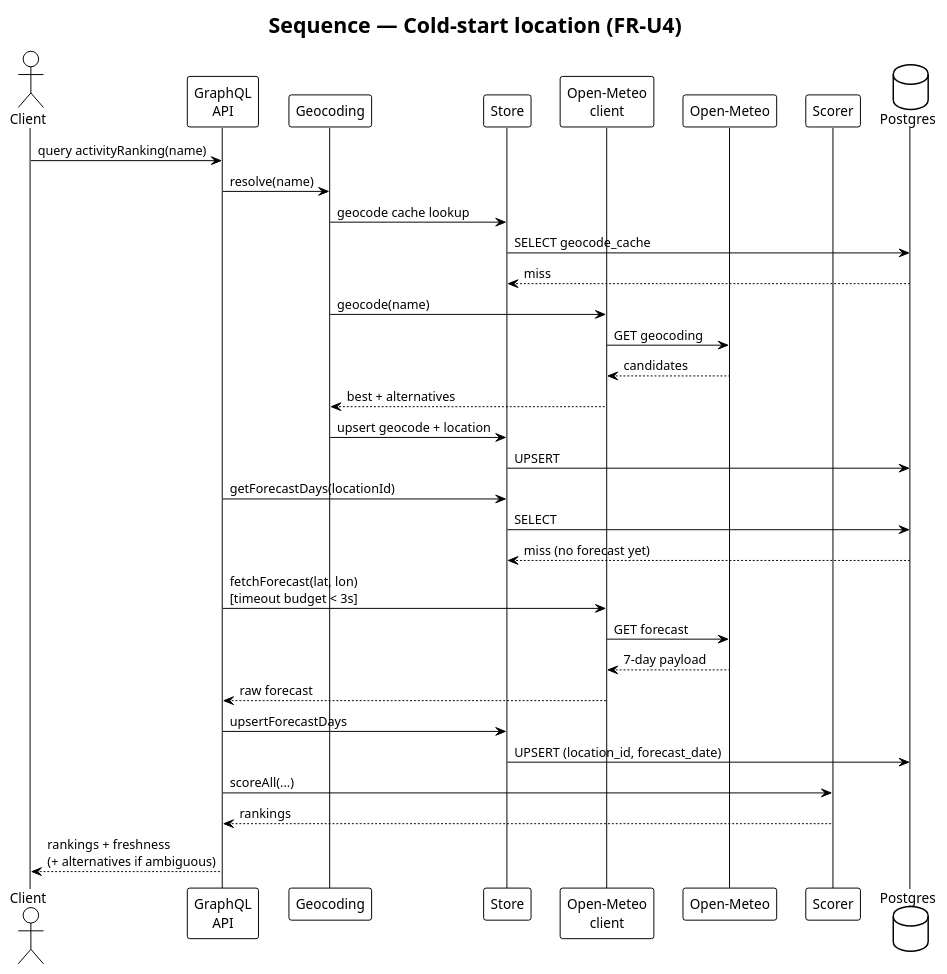
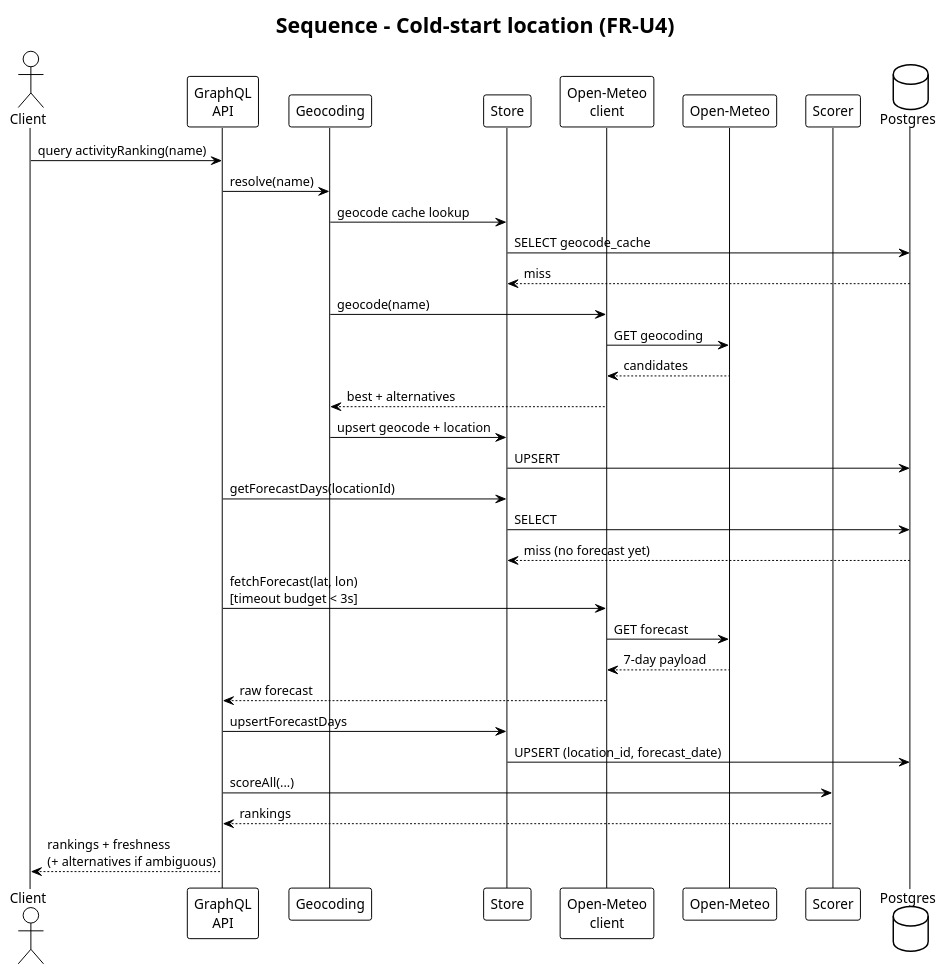
Before and after one commit to Takadza/weather-activity-ranking-service: the diagram in docs/diagrams/seq-cold-start.puml, drawn with PlantUML. The commit also changed 31 other files, not shown here.

```diff
--- a/docs/diagrams/seq-cold-start.puml
+++ b/docs/diagrams/seq-cold-start.puml
@@ -1,40 +1,40 @@
 @startuml seq-cold-start
 !theme plain
-title Sequence — Cold-start location (FR-U4)
+title Sequence - Cold-start location (FR-U4)
 
 actor Client
 participant "GraphQL\nAPI" as GQL
 participant "Geocoding" as Geo
 participant "Store" as Store
 participant "Open-Meteo\nclient" as OMClient
 participant "Open-Meteo" as OM
 participant "Scorer" as Score
 database "Postgres" as PG
 
 Client -> GQL : query activityRanking(name)
 GQL -> Geo : resolve(name)
 Geo -> Store : geocode cache lookup
 Store -> PG : SELECT geocode_cache
 PG --> Store : miss
 Geo -> OMClient : geocode(name)
 OMClient -> OM : GET geocoding
 OM --> OMClient : candidates
 OMClient --> Geo : best + alternatives
 Geo -> Store : upsert geocode + location
 Store -> PG : UPSERT
 
 GQL -> Store : getForecastDays(locationId)
 Store -> PG : SELECT
 PG --> Store : miss (no forecast yet)
 
 GQL -> OMClient : fetchForecast(lat, lon)\n[timeout budget < 3s]
 OMClient -> OM : GET forecast
 OM --> OMClient : 7-day payload
 OMClient --> GQL : raw forecast
 GQL -> Store : upsertForecastDays
 Store -> PG : UPSERT (location_id, forecast_date)
 GQL -> Score : scoreAll(...)
 Score --> GQL : rankings
 GQL --> Client : rankings + freshness\n(+ alternatives if ambiguous)
 
 @enduml
```
